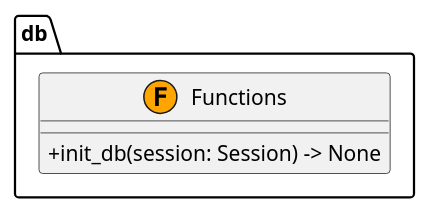
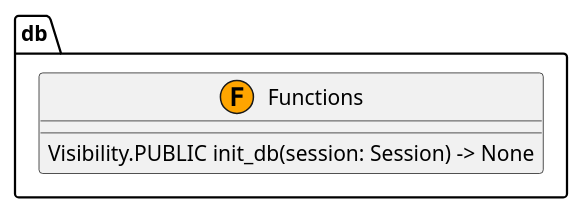
One commit to jswans33/my-full-stack-fastapi-template changed the diagram in docs/source/_generated_uml/db.puml. Above: the diagram before and after it, drawn with PlantUML. The commit also changed 62 other files, not shown here.

Commit message:
Add UML generator module and update visibility for functions in UML diagrams

```diff
--- a/docs/source/_generated_uml/db.puml
+++ b/docs/source/_generated_uml/db.puml
@@ -1,11 +1,11 @@
 @startuml
 skinparam classAttributeIconSize 0
 
 package "db" {
   class Functions <<(F,orange)>> {
-    + init_db(session: Session) -> None
+    Visibility.PUBLIC init_db(session: Session) -> None
   }
 }
 
 ' Relationships
 @enduml
```
